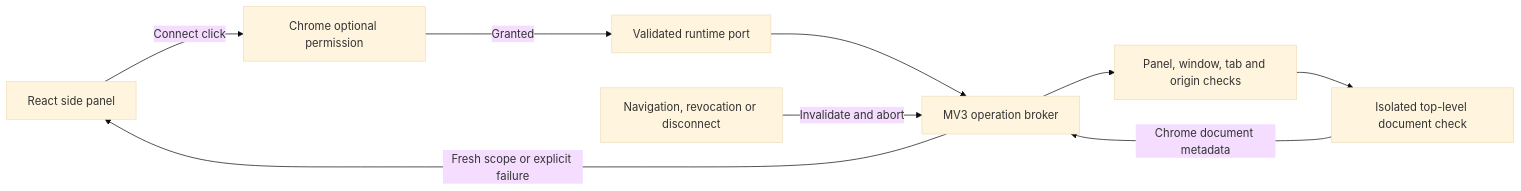
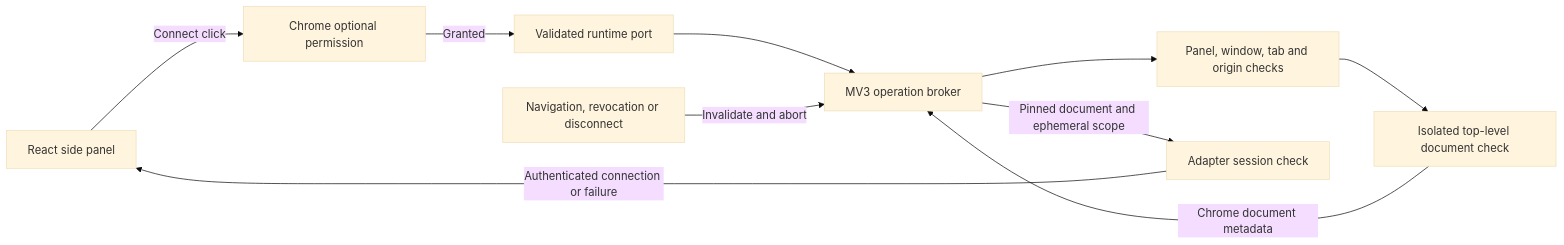
Before and after one commit to paulofs321/threadshelf: the diagram in docs/foundation.md, drawn with Mermaid (base theme). The commit also changed other lines of this file and 6 other files, not shown here.

Commit message:
docs: align architecture and session lifecycle with implementation

````diff
--- a/docs/foundation.md
+++ b/docs/foundation.md
@@ -35,11 +39,12 @@
 ```mermaid
 flowchart LR
   Panel[React side panel] -->|Connect click| Permissions[Chrome optional permission]
   Permissions -->|Granted| Port[Validated runtime port]
   Port --> Broker[MV3 operation broker]
   Broker --> Guards[Panel, window, tab and origin checks]
   Guards --> Probe[Isolated top-level document check]
   Probe -->|Chrome document metadata| Broker
-  Broker -->|Fresh scope or explicit failure| Panel
+  Broker -->|Pinned document and ephemeral scope| Session[Adapter session check]
+  Session -->|Authenticated connection or failure| Panel
   Changes[Navigation, revocation or disconnect] -->|Invalidate and abort| Broker
 ```
````
